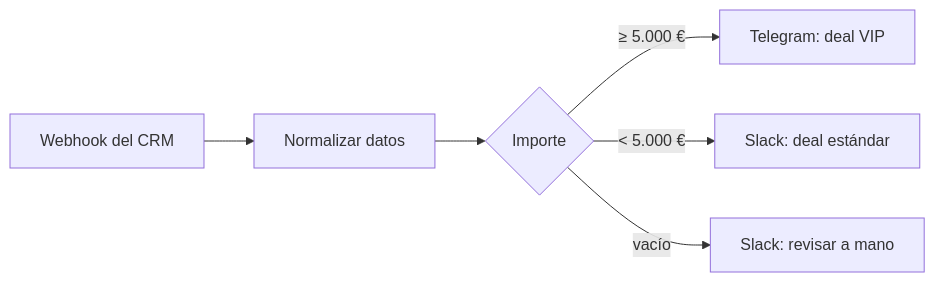
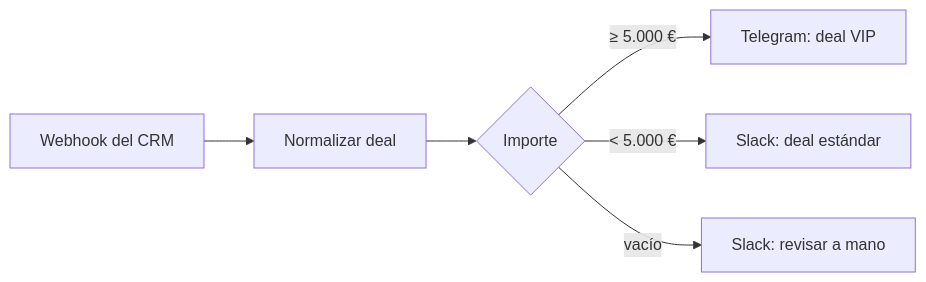
Before and after one commit to bazzit-cloud/n8n-automation-portfolio: the diagram in Proyecto_3_Routing_Alertas.md, drawn with Mermaid. The commit also changed other lines of this file and 17 other files, not shown here.

````diff
--- a/Proyecto_3_Routing_Alertas.md
+++ b/Proyecto_3_Routing_Alertas.md
@@ -18,8 +18,8 @@
 ```mermaid
 flowchart LR
-    A[Webhook del CRM] --> B[Normalizar datos]
+    A[Webhook del CRM] --> B[Normalizar deal]
     B --> C{Importe}
     C -->|≥ 5.000 €| T[Telegram: deal VIP]
     C -->|< 5.000 €| S[Slack: deal estándar]
     C -->|vacío| R[Slack: revisar a mano]
 ```
````
